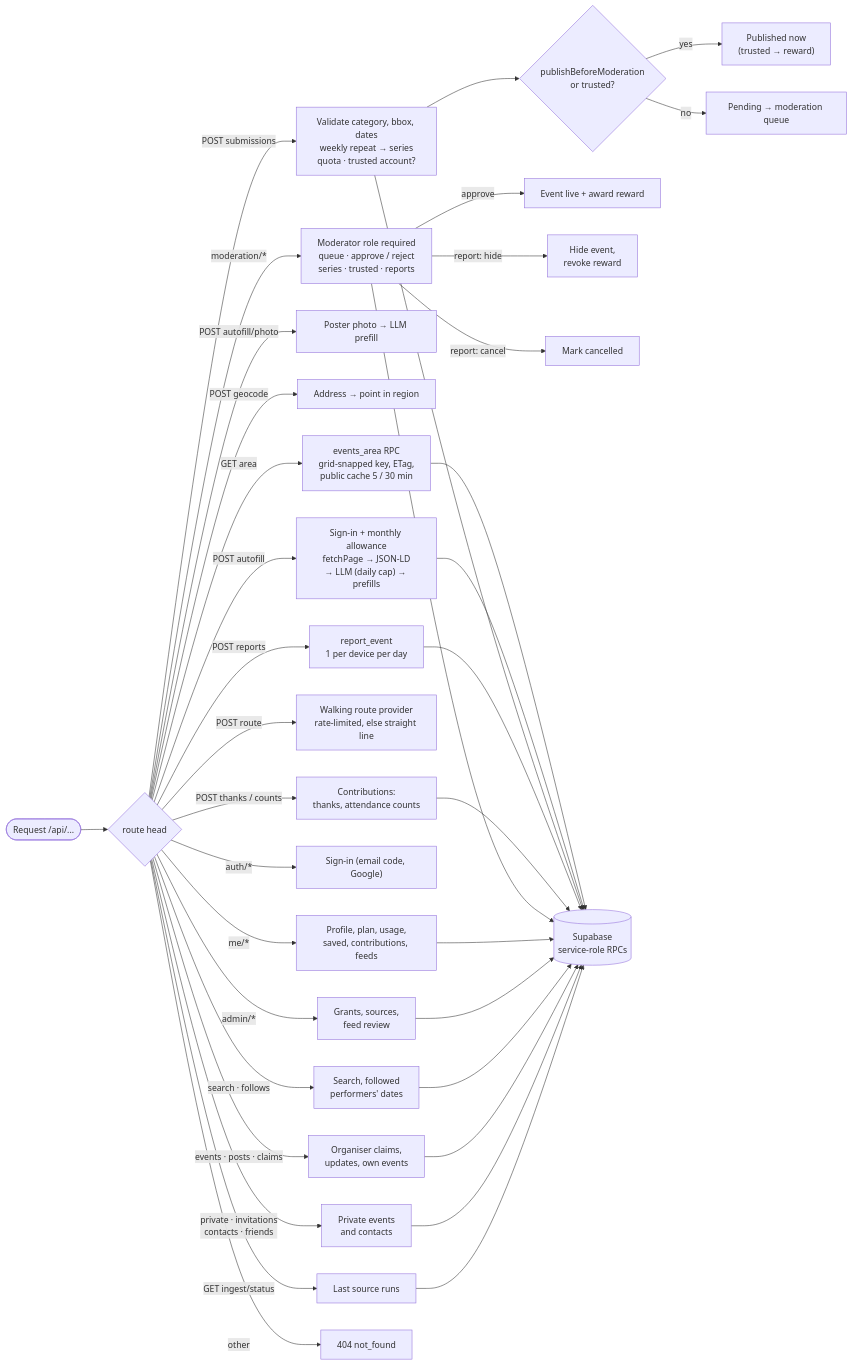
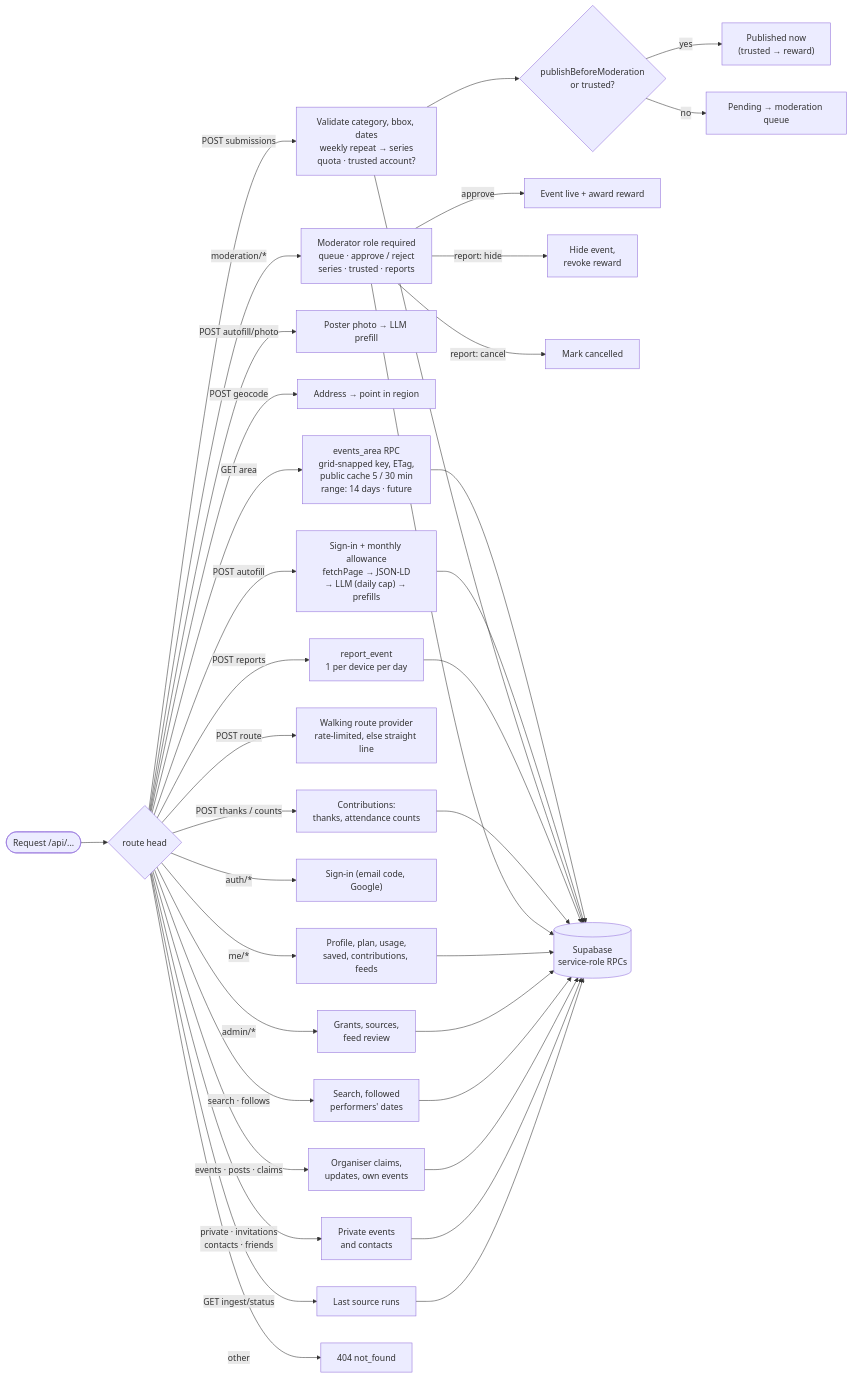
One commit to PriamSinbob/Happow changed the third of 4 diagrams in docs/ARCHITECTURE.md. Above: the diagram before and after it, drawn with Mermaid. The commit also changed other lines of this file and 36 other files, not shown here.

````diff
--- a/docs/ARCHITECTURE.md
+++ b/docs/ARCHITECTURE.md
@@ -120,30 +120,30 @@
 ```mermaid
 flowchart LR
   REQ(["Request /api/..."]) --> R{"route head"}
-  R -- "GET area" --> AREA["events_area RPC<br/>grid-snapped key, ETag,<br/>public cache 5 / 30 min"]
+  R -- "GET area" --> AREA["events_area RPC<br/>grid-snapped key, ETag,<br/>public cache 5 / 30 min<br/>range: 14 days · future"]
   R -- "POST autofill" --> AF["Sign-in + monthly allowance<br/>fetchPage → JSON-LD<br/>→ LLM (daily cap) → prefills"]
   R -- "POST autofill/photo" --> AFP["Poster photo → LLM prefill"]
   R -- "POST geocode" --> GC["Address → point in region"]
   R -- "POST submissions" --> SUB["Validate category, bbox, dates<br/>weekly repeat → series<br/>quota · trusted account?"]
   R -- "POST reports" --> REP["report_event<br/>1 per device per day"]
   R -- "POST thanks / counts" --> CON["Contributions:<br/>thanks, attendance counts"]
   R -- "POST route" --> ROUTE["Walking route provider<br/>rate-limited, else straight line"]
   R -- "moderation/*" --> MOD["Moderator role required<br/>queue · approve / reject<br/>series · trusted · reports"]
   R -- "auth/*" --> AUTH["Sign-in (email code, Google)"]
   R -- "me/*" --> ME["Profile, plan, usage,<br/>saved, contributions, feeds"]
   R -- "admin/*" --> ADM["Grants, sources,<br/>feed review"]
   R -- "search · follows" --> FOL["Search, followed<br/>performers' dates"]
   R -- "events · posts · claims" --> ORG["Organiser claims,<br/>updates, own events"]
   R -- "private · invitations<br/>contacts · friends" --> PRIV["Private events<br/>and contacts"]
   R -- "GET ingest/status" --> IST["Last source runs"]
   R -- other --> E404["404 not_found"]
 
   SUB --> PUB{"publishBeforeModeration<br/>or trusted?"}
   PUB -- yes --> LIVE["Published now<br/>(trusted → reward)"]
   PUB -- no --> PEND["Pending → moderation queue"]
   MOD -- approve --> AWARD["Event live + award reward"]
   MOD -- "report: hide" --> REVOKE["Hide event,<br/>revoke reward"]
   MOD -- "report: cancel" --> CANC["Mark cancelled"]
 
   AREA & AF & SUB & REP & CON & MOD & ME & ADM & FOL & ORG & PRIV & IST --> DB[("Supabase<br/>service-role RPCs")]
 ```
````
